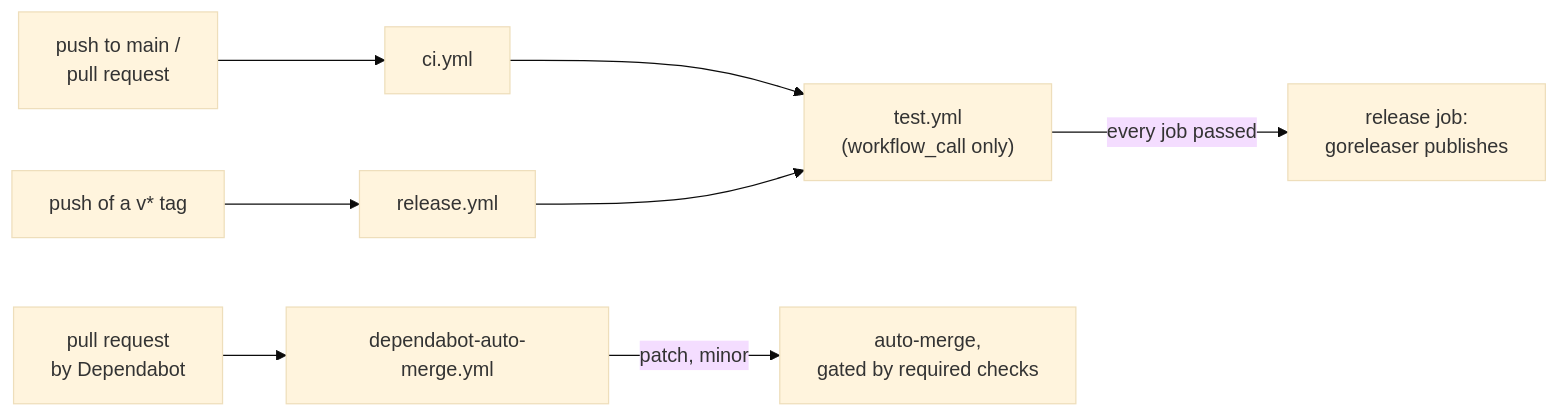
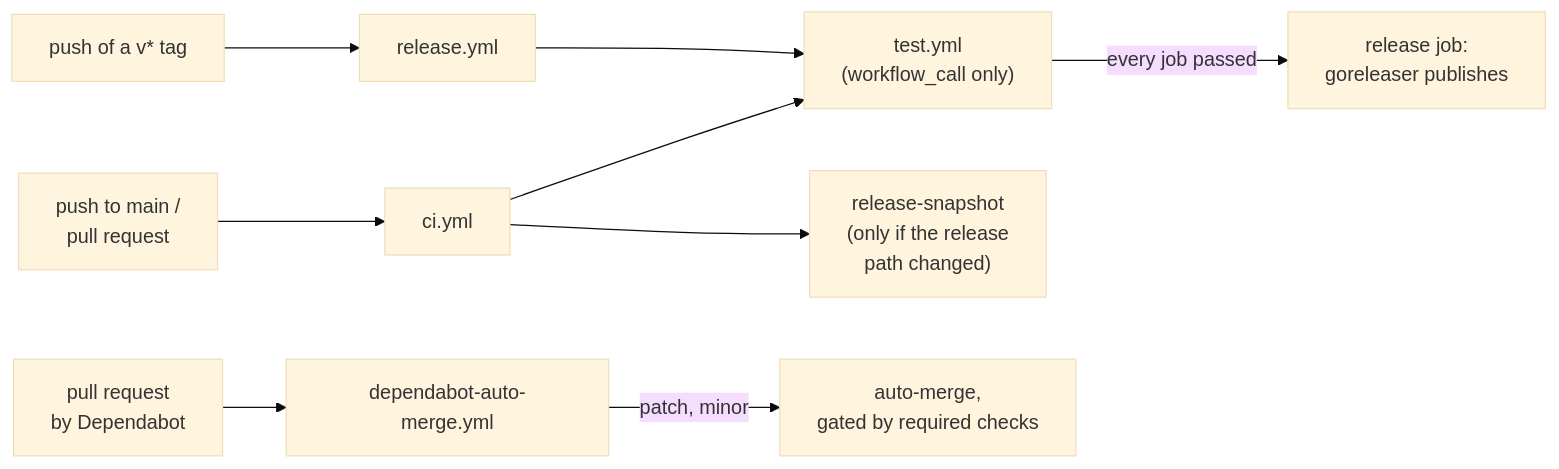
Before and after one commit to moepig/cheapskate: the diagram in docs/en/development/github-actions.md, drawn with Mermaid (base theme). The commit also changed other lines of this file and 23 other files, not shown here.

````diff
--- a/docs/en/development/github-actions.md
+++ b/docs/en/development/github-actions.md
@@ -21,16 +25,19 @@
 ```mermaid
 flowchart LR
     push["push to main /
     pull request"] --> ci["ci.yml"]
     pr["pull request
     by Dependabot"] --> am["dependabot-auto-merge.yml"]
     tag["push of a v* tag"] --> rel["release.yml"]
 
     ci --> test["test.yml
     (workflow_call only)"]
+    ci --> snap["release-snapshot
+    (only if the release
+    path changed)"]
     rel --> test
     test -- "every job passed" --> gor["release job:
     goreleaser publishes"]
     am -- "patch, minor" --> auto["auto-merge,
     gated by required checks"]
 ```
````
